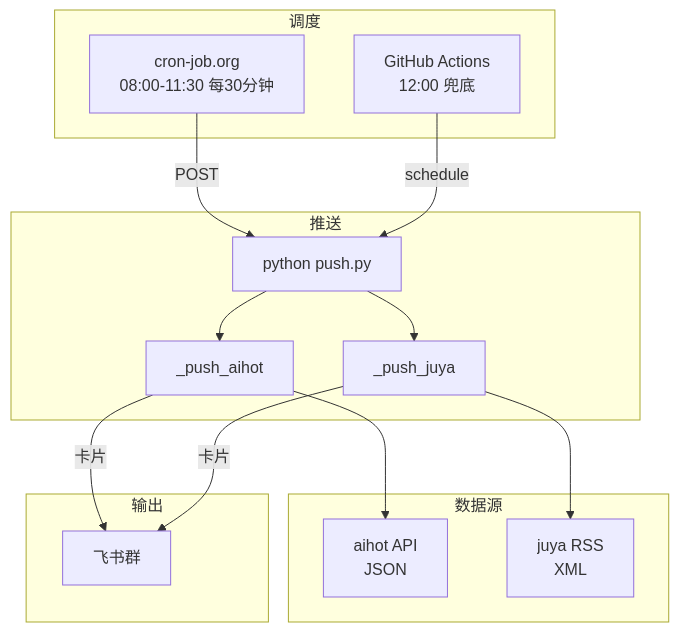
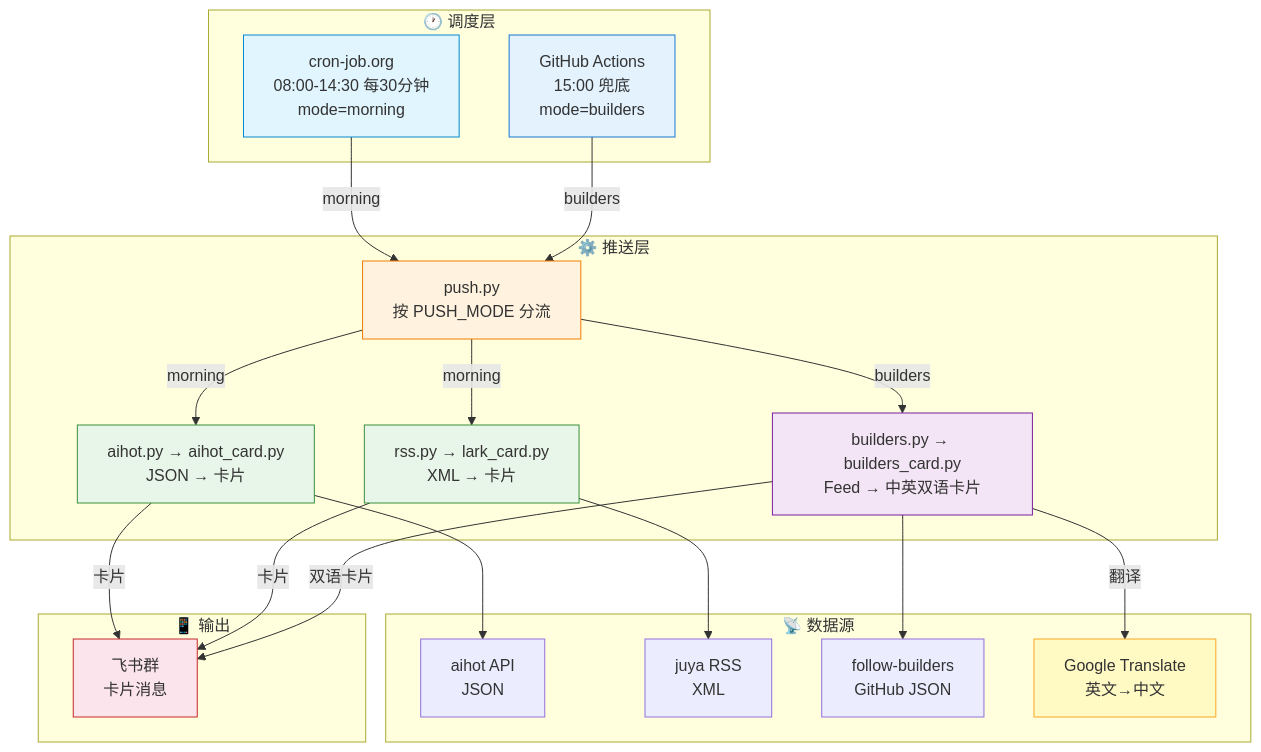
The first of 2 diagrams in README.md (Ai-luren/ainews-to-feishu), drawn with Mermaid before and after one commit. The commit also changed other lines of this file and 29 other files, not shown here.

````diff
--- a/README.md
+++ b/README.md
@@ -120,29 +133,47 @@
 ```mermaid
 flowchart TB
-    subgraph 调度["调度"]
-        C1[cron-job.org<br/>08:00-11:30 每30分钟]
-        C2[GitHub Actions<br/>12:00 兜底]
+    subgraph 调度["🕐 调度层"]
+        C1["cron-job.org<br/>08:00-14:30 每30分钟<br/>mode=morning"]
+        C2["GitHub Actions<br/>15:00 兜底<br/>mode=builders"]
     end
 
-    subgraph 推送["推送"]
-        P[python push.py]
-        A[_push_aihot]
-        J[_push_juya]
+    subgraph 推送["⚙️ 推送层"]
+        P["push.py<br/>按 PUSH_MODE 分流"]
+        A["aihot.py → aihot_card.py<br/>JSON → 卡片"]
+        J["rss.py → lark_card.py<br/>XML → 卡片"]
+        B["builders.py → builders_card.py<br/>Feed → 中英双语卡片"]
     end
 
-    subgraph 数据["数据源"]
-        A1[aihot API<br/>JSON]
-        J1[juya RSS<br/>XML]
+    subgraph 数据["📡 数据源"]
+        A1["aihot API<br/>JSON"]
+        J1["juya RSS<br/>XML"]
+        B1["follow-builders<br/>GitHub JSON"]
+        T["Google Translate<br/>英文→中文"]
     end
 
-    subgraph 输出["输出"]
-        F[飞书群]
+    subgraph 输出["📱 输出"]
+        F["飞书群<br/>卡片消息"]
     end
 
-    C1 -->|POST| P
-    C2 -->|schedule| P
-    P --> A --> A1
-    P --> J --> J1
-    A -->|卡片| F
-    J -->|卡片| F
+    C1 -->|"morning"| P
+    C2 -->|"builders"| P
+    P -->|"morning"| A
+    P -->|"morning"| J
+    P -->|"builders"| B
+    A --> A1
+    J --> J1
+    B --> B1
+    B -->|"翻译"| T
+    A -->|"卡片"| F
+    J -->|"卡片"| F
+    B -->|"双语卡片"| F
+
+    style C1 fill:#e1f5fe,stroke:#0288d1
+    style C2 fill:#e3f2fd,stroke:#1976d2
+    style P fill:#fff3e0,stroke:#f57c00
+    style A fill:#e8f5e9,stroke:#388e3c
+    style J fill:#e8f5e9,stroke:#388e3c
+    style B fill:#f3e5f5,stroke:#7b1fa2
+    style T fill:#fff9c4,stroke:#f9a825
+    style F fill:#fce4ec,stroke:#c62828
 ```
````
